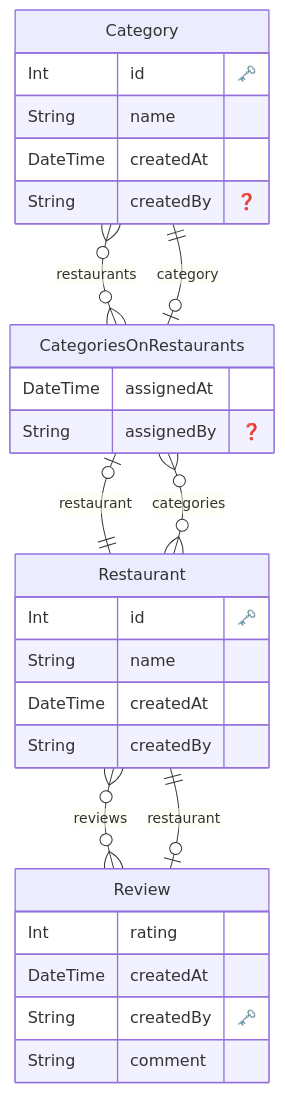
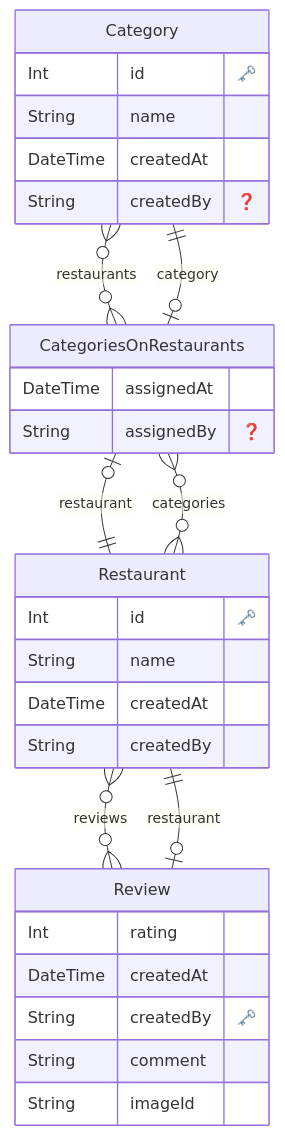
The diagram in docs/datamodel.md (tperamaki/yala), drawn with Mermaid before and after one commit. The commit also changed 5 other files, not shown here.

````diff
--- a/docs/datamodel.md
+++ b/docs/datamodel.md
@@ -1,39 +1,40 @@
 ```mermaid
 erDiagram
 
   "Category" {
     Int id "🗝️"
     String name 
     DateTime createdAt 
     String createdBy "❓"
     }
   
 
   "Restaurant" {
     Int id "🗝️"
     String name 
     DateTime createdAt 
     String createdBy 
     }
   
 
   "Review" {
     Int rating 
     DateTime createdAt 
     String createdBy "🗝️"
     String comment 
+    String imageId 
     }
   
 
   "CategoriesOnRestaurants" {
     DateTime assignedAt 
     String assignedBy "❓"
     }
   
     "Category" o{--}o "CategoriesOnRestaurants" : "restaurants"
     "Restaurant" o{--}o "CategoriesOnRestaurants" : "categories"
     "Restaurant" o{--}o "Review" : "reviews"
     "Review" o|--|| "Restaurant" : "restaurant"
     "CategoriesOnRestaurants" o|--|| "Category" : "category"
     "CategoriesOnRestaurants" o|--|| "Restaurant" : "restaurant"
 ```
````
